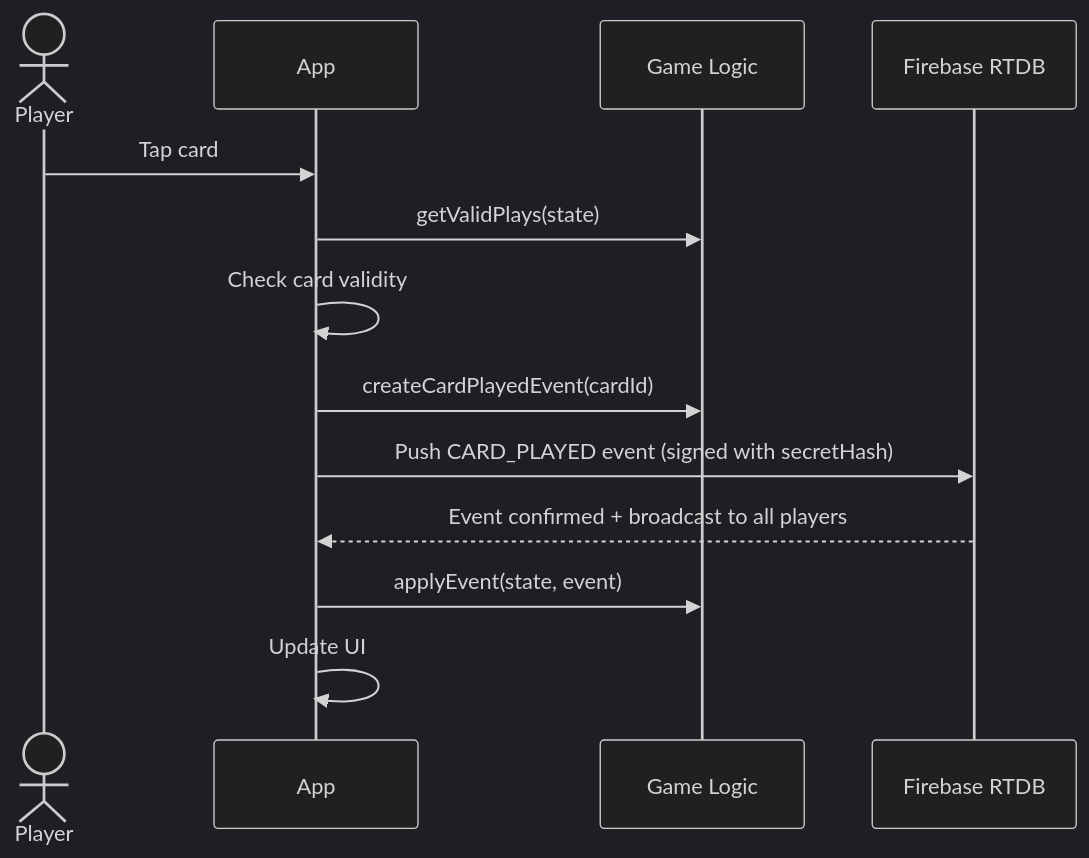
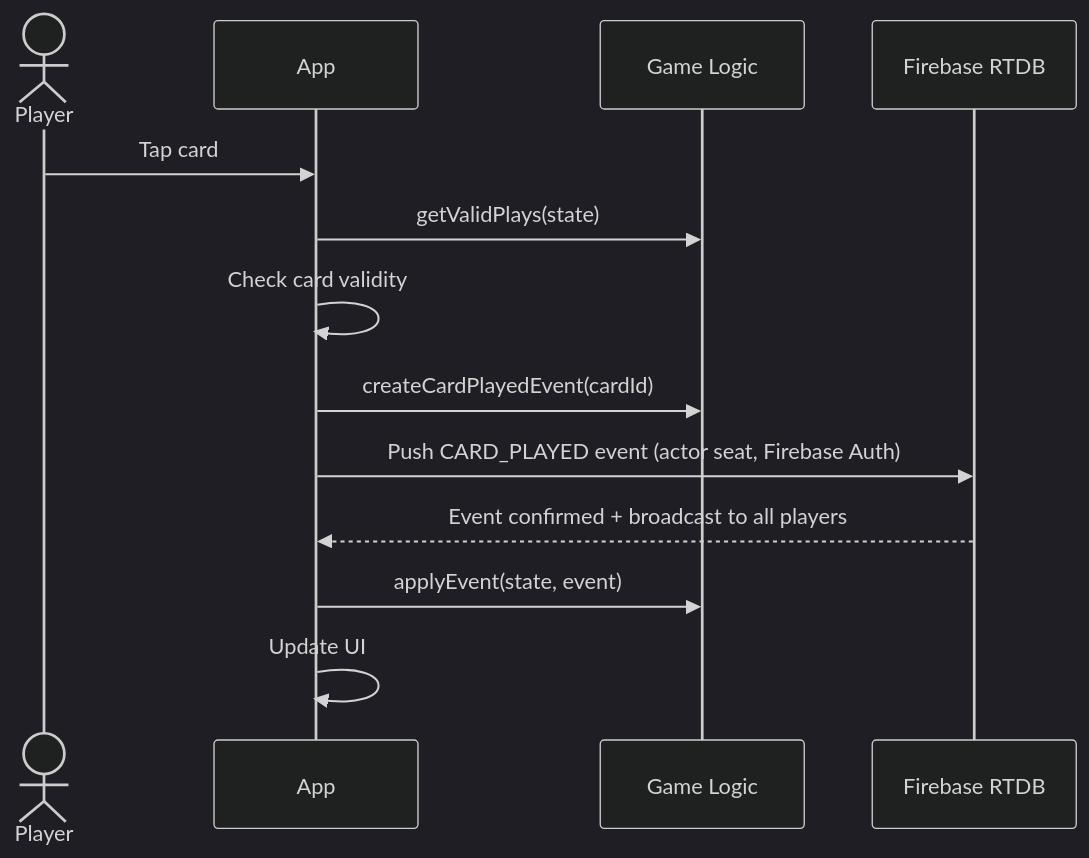
One commit to deglerj/dabb changed the third of 6 diagrams in docs/arc42/06-runtime-view.md. Above: the diagram before and after it, drawn with Mermaid (dark theme). The commit also changed other lines of this file and 21 other files, not shown here.

Commit message:
feat(auth): secure event and AI transport

````diff
--- a/docs/arc42/06-runtime-view.md
+++ b/docs/arc42/06-runtime-view.md
@@ -68,16 +68,16 @@
 ```mermaid
 sequenceDiagram
     actor player as Player
     participant app as App
     participant logic as Game Logic
     participant firebase as Firebase RTDB
 
     player->>app: Tap card
     app->>logic: getValidPlays(state)
     app->>app: Check card validity
     app->>logic: createCardPlayedEvent(cardId)
-    app->>firebase: Push CARD_PLAYED event (signed with secretHash)
+    app->>firebase: Push CARD_PLAYED event (actor seat, Firebase Auth)
     firebase-->>app: Event confirmed + broadcast to all players
     app->>logic: applyEvent(state, event)
     app->>app: Update UI
 ```
````
